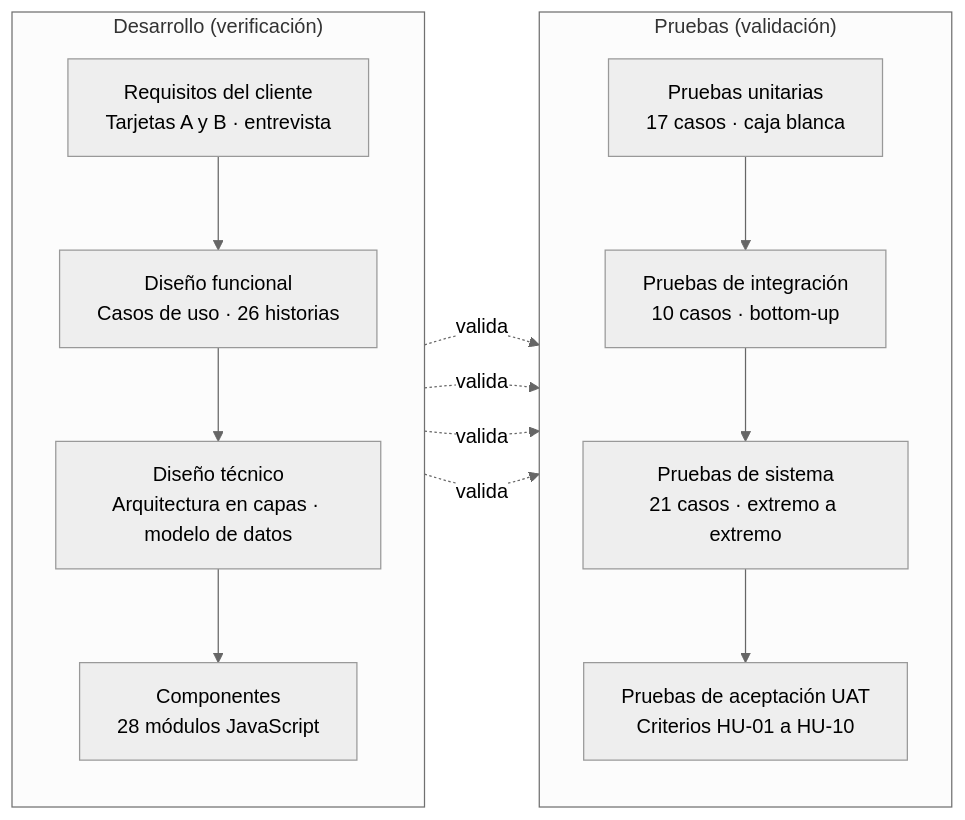
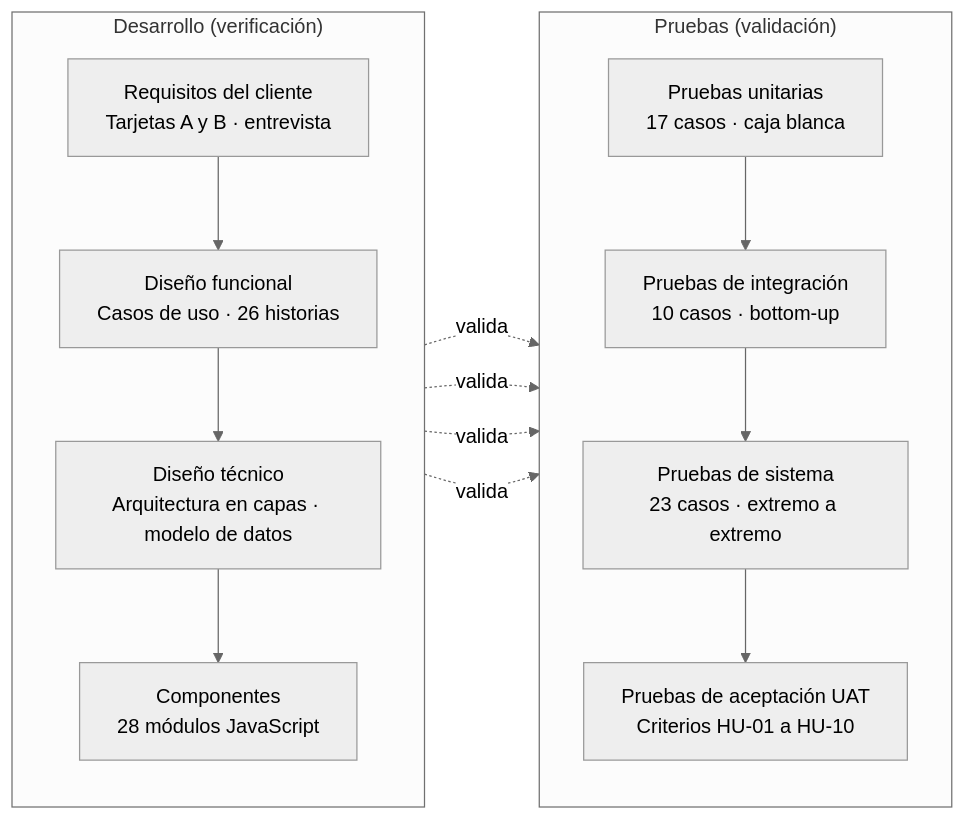
The diagram in docs/final/img/modelo-v.mmd (slonbuitrago-bit/motorepuestos-oriente), drawn with Mermaid (neutral theme) before and after one commit. The commit also changed 36 other files, not shown here.

```diff
--- a/docs/final/img/modelo-v.mmd
+++ b/docs/final/img/modelo-v.mmd
@@ -1,21 +1,21 @@
 flowchart LR
   subgraph IZQ["Desarrollo (verificación)"]
     direction TB
     R1["Requisitos del cliente<br/>Tarjetas A y B · entrevista"]
     R2["Diseño funcional<br/>Casos de uso · 26 historias"]
     R3["Diseño técnico<br/>Arquitectura en capas · modelo de datos"]
     R4["Componentes<br/>28 módulos JavaScript"]
     R1 --> R2 --> R3 --> R4
   end
   subgraph DER["Pruebas (validación)"]
     direction TB
     P4["Pruebas unitarias<br/>17 casos · caja blanca"]
     P3["Pruebas de integración<br/>10 casos · bottom-up"]
-    P2["Pruebas de sistema<br/>21 casos · extremo a extremo"]
+    P2["Pruebas de sistema<br/>23 casos · extremo a extremo"]
     P1["Pruebas de aceptación UAT<br/>Criterios HU-01 a HU-10"]
     P4 --> P3 --> P2 --> P1
   end
   R4 -. valida .-> P4
   R3 -. valida .-> P3
   R2 -. valida .-> P2
   R1 -. valida .-> P1
```
